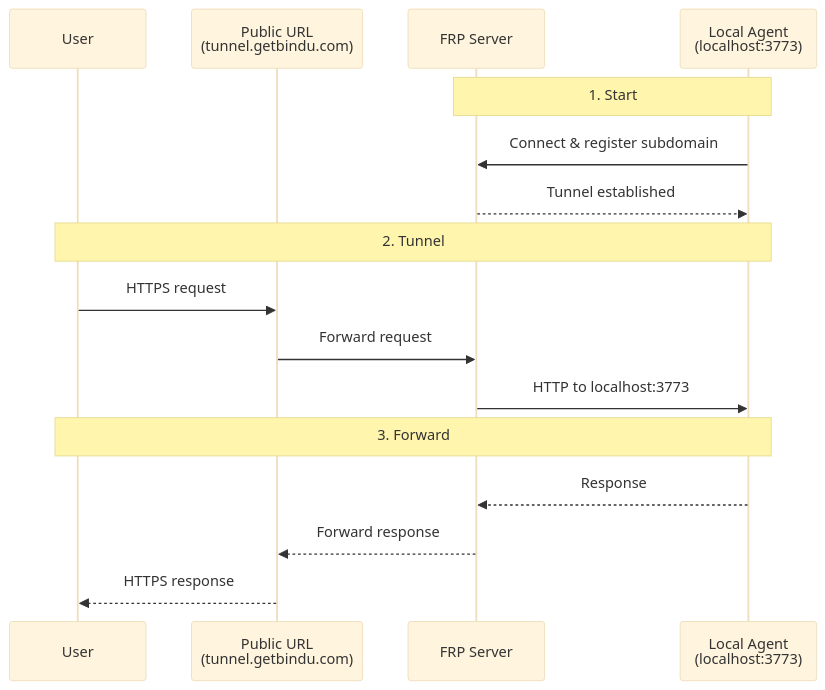
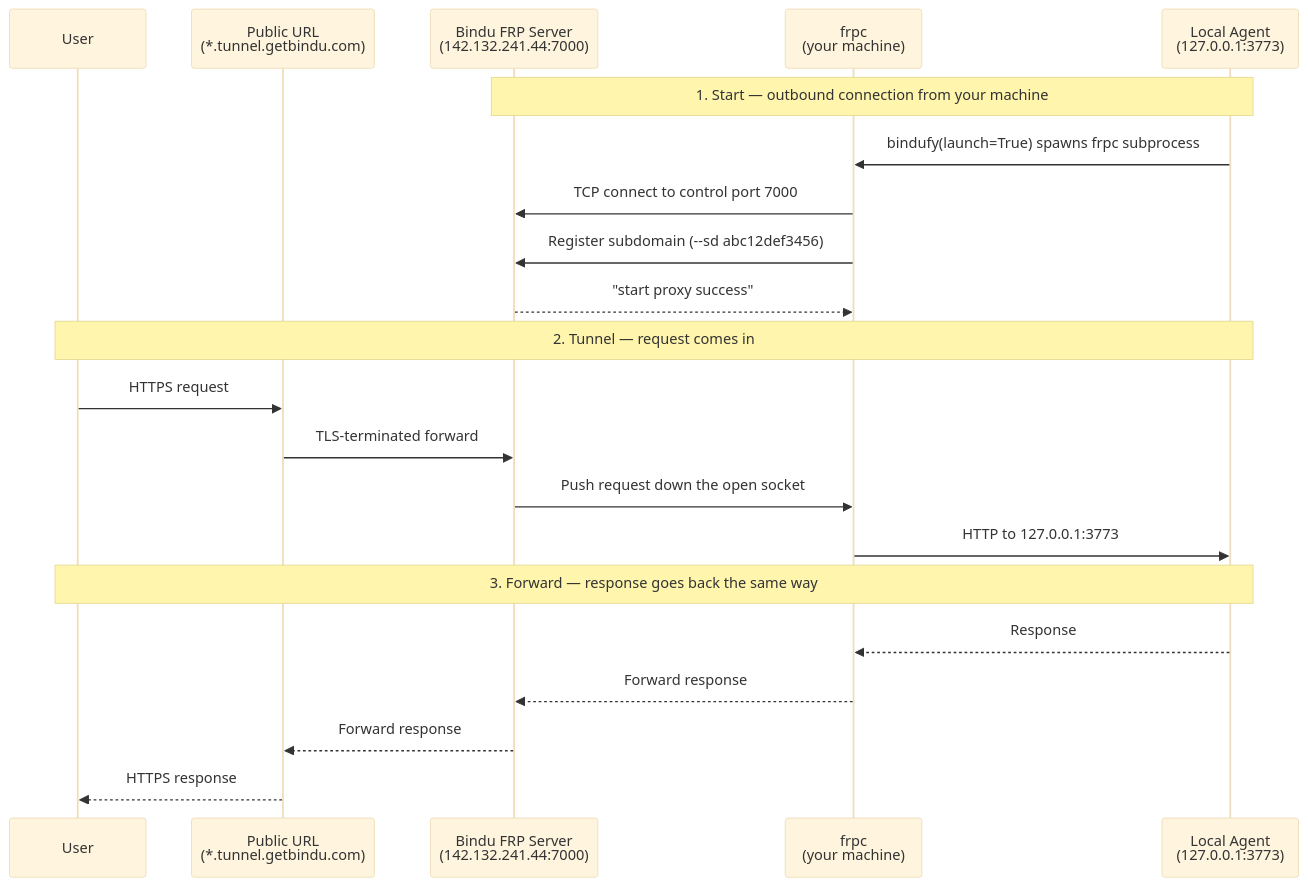
Before and after one commit to raahulrahl/docs: the diagram in bindu/learn/tunneling/overview.mdx, drawn with Mermaid (base theme). The commit also changed other lines of this file and 9 other files, not shown here.

````diff
--- a/bindu/learn/tunneling/overview.mdx
+++ b/bindu/learn/tunneling/overview.mdx
@@ -87,21 +109,26 @@
 ```mermaid
 sequenceDiagram
     participant User
-    participant TunnelURL as Public URL<br/>(tunnel.getbindu.com)
-    participant FRPServer as FRP Server
-    participant LocalAgent as Local Agent<br/>(localhost:3773)
+    participant TunnelURL as Public URL<br/>(*.tunnel.getbindu.com)
+    participant FRPServer as Bindu FRP Server<br/>(142.132.241.44:7000)
+    participant FRPClient as frpc<br/>(your machine)
+    participant LocalAgent as Local Agent<br/>(127.0.0.1:3773)
 
-    Note over LocalAgent,FRPServer: 1. Start
-    LocalAgent->>FRPServer: Connect & register subdomain
-    FRPServer-->>LocalAgent: Tunnel established
+    Note over LocalAgent,FRPServer: 1. Start — outbound connection from your machine
+    LocalAgent->>FRPClient: bindufy(launch=True) spawns frpc subprocess
+    FRPClient->>FRPServer: TCP connect to control port 7000
+    FRPClient->>FRPServer: Register subdomain (--sd abc12def3456)
+    FRPServer-->>FRPClient: "start proxy success"
 
-    Note over User,LocalAgent: 2. Tunnel
+    Note over User,LocalAgent: 2. Tunnel — request comes in
     User->>TunnelURL: HTTPS request
-    TunnelURL->>FRPServer: Forward request
-    FRPServer->>LocalAgent: HTTP to localhost:3773
+    TunnelURL->>FRPServer: TLS-terminated forward
+    FRPServer->>FRPClient: Push request down the open socket
+    FRPClient->>LocalAgent: HTTP to 127.0.0.1:3773
 
-    Note over LocalAgent,User: 3. Forward
-    LocalAgent-->>FRPServer: Response
+    Note over LocalAgent,User: 3. Forward — response goes back the same way
+    LocalAgent-->>FRPClient: Response
+    FRPClient-->>FRPServer: Forward response
     FRPServer-->>TunnelURL: Forward response
     TunnelURL-->>User: HTTPS response
 ```
````
